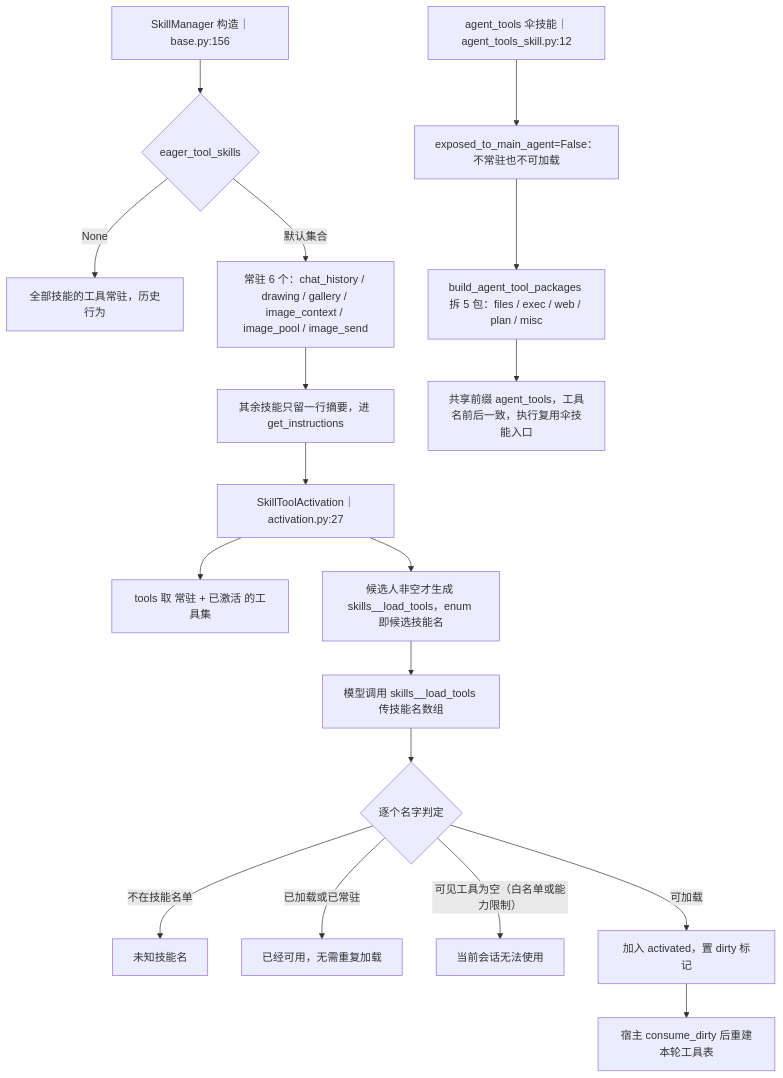
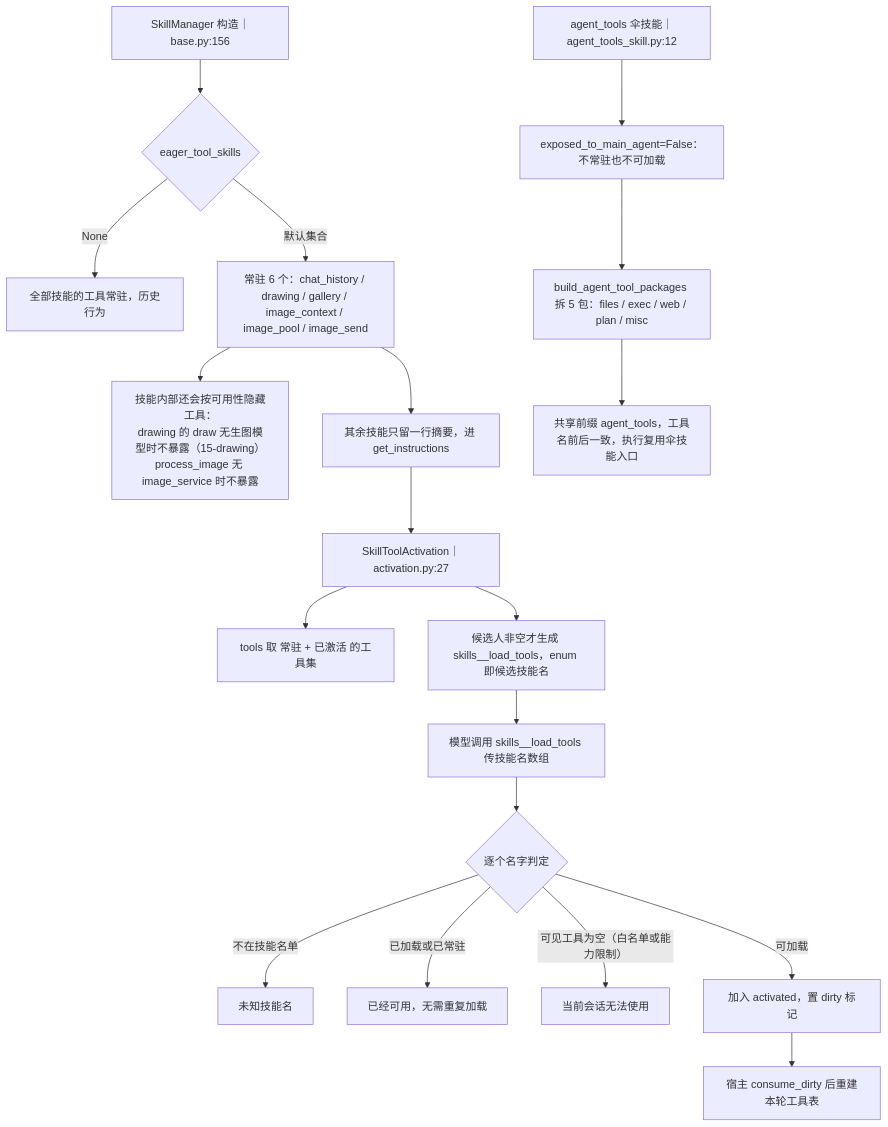
Diagram 11 of 15 in docs/flow/06-tools-skills.md (SuperQuail/NeoBot), drawn with Mermaid before and after one commit. The commit also changed other lines of this file and 14 other files, not shown here.

First line of the commit message:
chore(release): 发布 1.2.4-a3（修复无生图模型时启动崩溃） (#83)

````diff
--- a/docs/flow/06-tools-skills.md
+++ b/docs/flow/06-tools-skills.md
@@ -388,20 +388,21 @@
 ```mermaid
 flowchart TD
     A["SkillManager 构造｜base.py:156"] --> B{"eager_tool_skills"}
     B -- "None" --> B1["全部技能的工具常驻，历史行为"]
     B -- "默认集合" --> B2["常驻 6 个：chat_history / drawing / gallery / image_context / image_pool / image_send"]
+    B2 --> B3["技能内部还会按可用性隐藏工具：<br/>drawing 的 draw 无生图模型时不暴露（15-drawing）<br/>process_image 无 image_service 时不暴露"]
     B2 --> C["其余技能只留一行摘要，进 get_instructions"]
     C --> D["SkillToolActivation｜activation.py:27"]
     D --> E["tools 取 常驻 + 已激活 的工具集"]
     D --> F["候选人非空才生成 skills__load_tools，enum 即候选技能名"]
     F --> G["模型调用 skills__load_tools 传技能名数组"]
     G --> H{"逐个名字判定"}
     H -- "不在技能名单" --> H1["未知技能名"]
     H -- "已加载或已常驻" --> H2["已经可用，无需重复加载"]
     H -- "可见工具为空（白名单或能力限制）" --> H3["当前会话无法使用"]
     H -- "可加载" --> I["加入 activated，置 dirty 标记"]
     I --> J["宿主 consume_dirty 后重建本轮工具表"]
     K["agent_tools 伞技能｜agent_tools_skill.py:12"] --> L["exposed_to_main_agent=False：不常驻也不可加载"]
     L --> M["build_agent_tool_packages 拆 5 包：files / exec / web / plan / misc"]
     M --> N["共享前缀 agent_tools，工具名前后一致，执行复用伞技能入口"]
 ```
````
